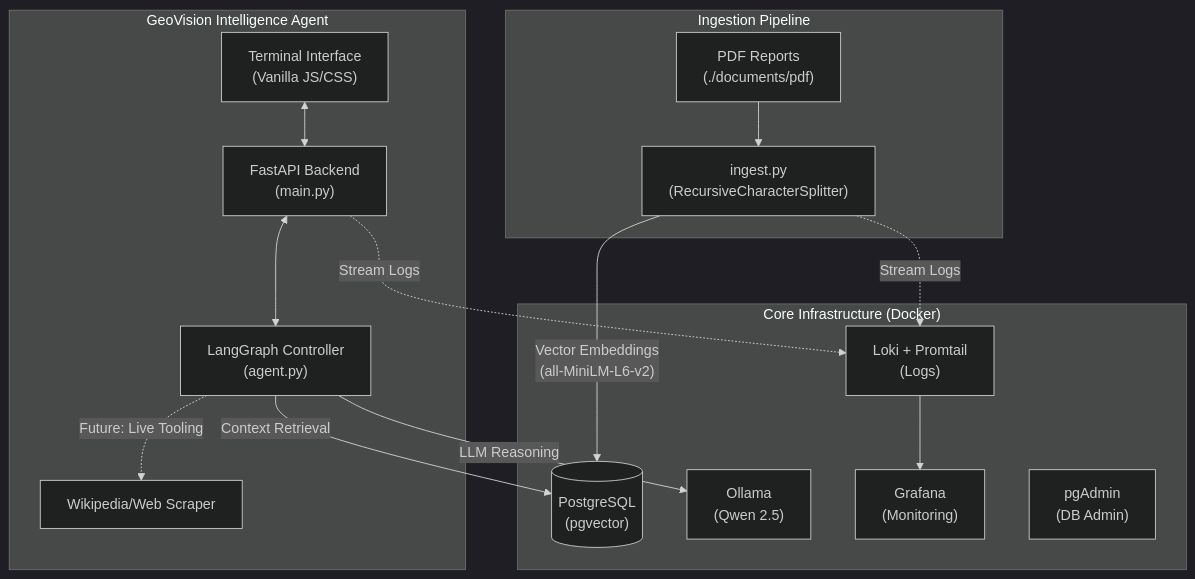
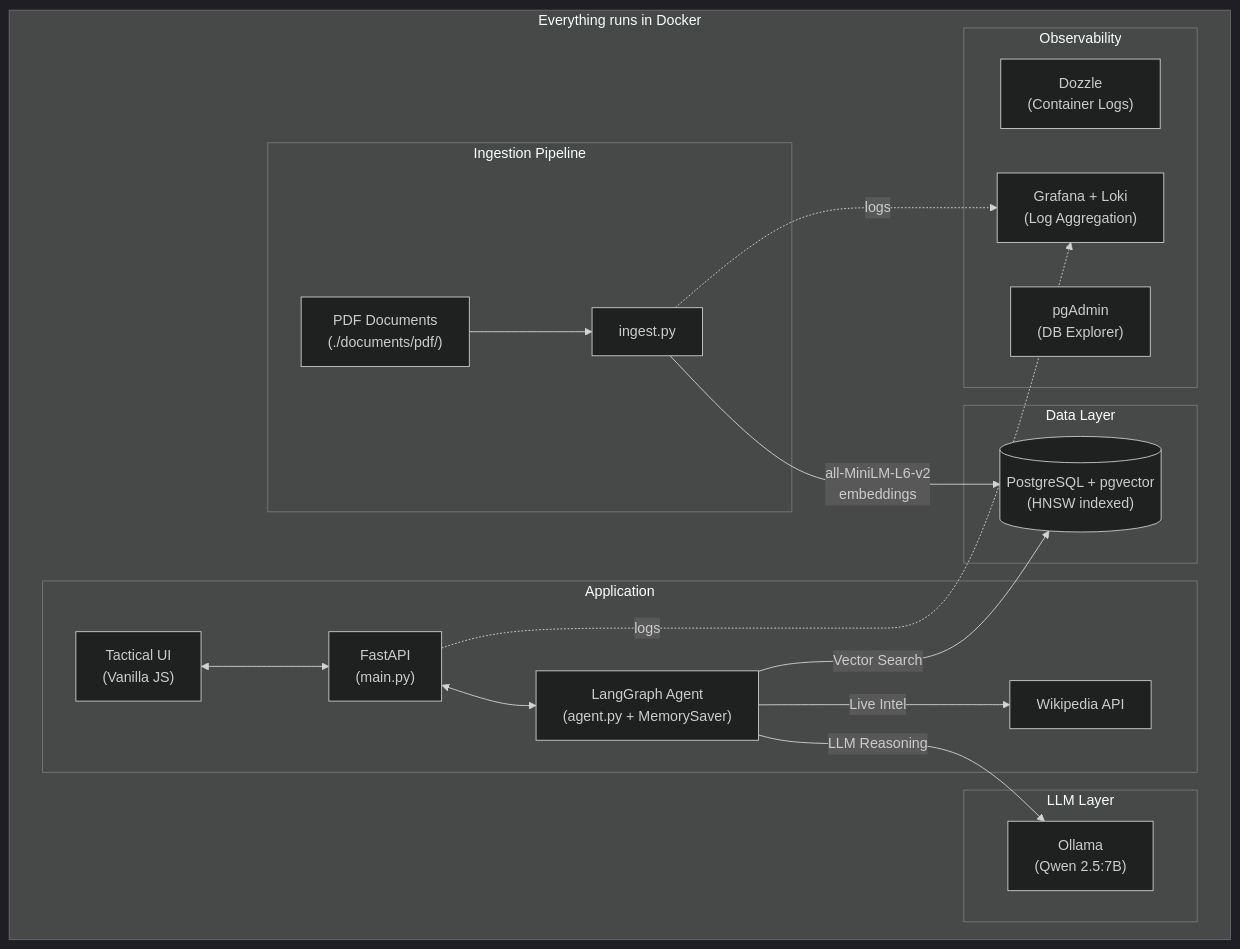
Before and after one commit to fbaierl/geo-vision-lab: the diagram in README.md, drawn with Mermaid. The commit also changed other lines of this file and 1 other file, not shown here.

````diff
--- a/README.md
+++ b/README.md
@@ -21,30 +33,35 @@
 ```mermaid
 %%{init: {'theme': 'dark'}}%%
 graph TD
-    subgraph Infrastructure ["Core Infrastructure (Docker)"]
-        PG[("PostgreSQL<br/>(pgvector)")]
-        OL["Ollama<br/>(Qwen 2.5)"]
-        LK["Loki + Promtail<br/>(Logs)"]
-        GF["Grafana<br/>(Monitoring)"]
-        PA["pgAdmin<br/>(DB Admin)"]
+    subgraph Docker ["Everything runs in Docker"]
+        subgraph Data ["Data Layer"]
+            PG[("PostgreSQL + pgvector\n(HNSW indexed)")]
+        end
+
+        subgraph LLM ["LLM Layer"]
+            OL["Ollama\n(Qwen 2.5:7B)"]
+        end
+
+        subgraph Ingestion ["Ingestion Pipeline"]
+            PDF["PDF Documents\n(./documents/pdf/)"] --> ING["ingest.py"]
+            ING -->|"all-MiniLM-L6-v2\nembeddings"| PG
+        end
+
+        subgraph App ["Application"]
+            UI["Tactical UI\n(Vanilla JS)"] <--> API["FastAPI\n(main.py)"]
+            API <--> AGENT["LangGraph Agent\n(agent.py + MemorySaver)"]
+            AGENT -->|"Vector Search"| PG
+            AGENT -->|"LLM Reasoning"| OL
+            AGENT -->|"Live Intel"| WEB["Wikipedia API"]
+        end
+
+        subgraph Ops ["Observability"]
+            DZ["Dozzle\n(Container Logs)"]
+            GF["Grafana + Loki\n(Log Aggregation)"]
+            PA["pgAdmin\n(DB Explorer)"]
+        end
     end
 
-    subgraph Pipeline ["Ingestion Pipeline"]
-        PDF["PDF Reports<br/>(./documents/pdf)"] --> ING["ingest.py<br/>(RecursiveCharacterSplitter)"]
-        ING -->|"Vector Embeddings<br/>(all-MiniLM-L6-v2)"| PG
-    end
-
-    subgraph Agent ["GeoVision Intelligence Agent"]
-        UI["Terminal Interface<br/>(Vanilla JS/CSS)"] <--> APP["FastAPI Backend<br/>(main.py)"]
-        APP <--> LG["LangGraph Controller<br/>(agent.py)"]
-        
-        LG -->|"Context Retrieval"| PG
-        LG -->|"LLM Reasoning"| OL
-        LG -.->|"Future: Live Tooling"| WEB["Wikipedia/Web Scraper"]
-    end
-
-    %% Observability
-    APP -.->|"Stream Logs"| LK
-    ING -.->|"Stream Logs"| LK
-    LK --> GF
+    API -.->|"logs"| GF
+    ING -.->|"logs"| GF
 ```
````
